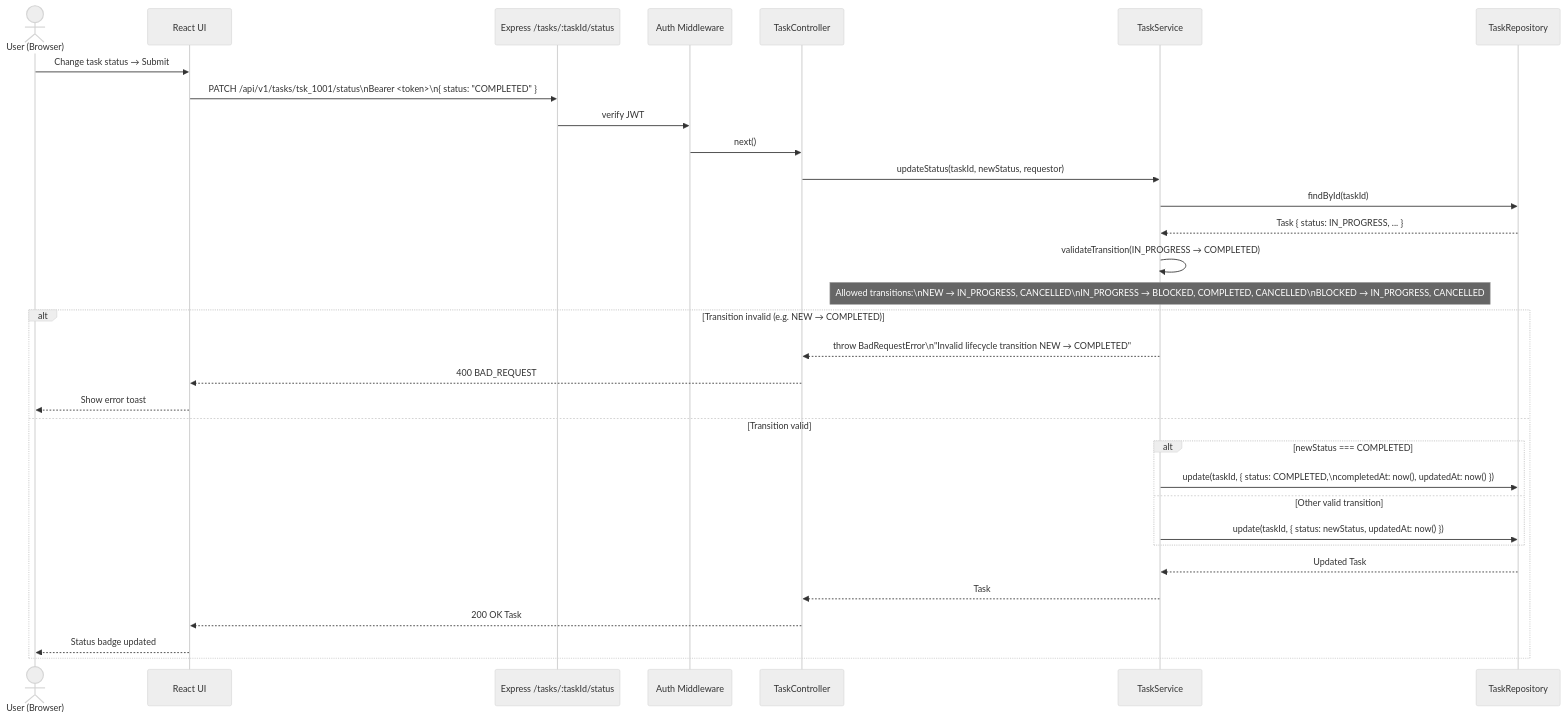
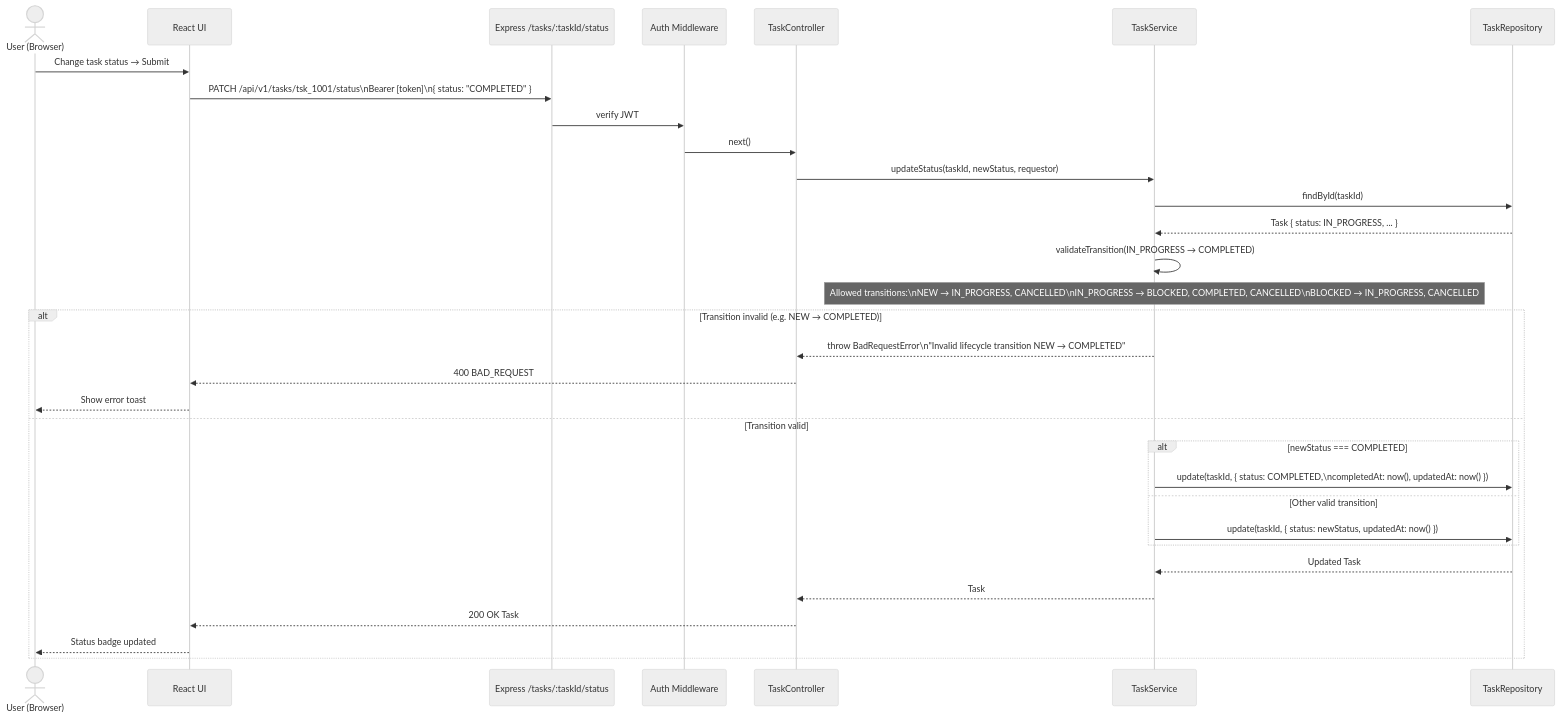
One commit to vijaynvb/ellucian_ghc3 changed diagram 12 of 17 in software-architecture.md. Above: the diagram before and after it, drawn with Mermaid (neutral theme). The commit also changed other lines of this file and 14285 other files, not shown here.

````diff
--- a/software-architecture.md
+++ b/software-architecture.md
@@ -726,37 +734,37 @@
 ```mermaid
 sequenceDiagram
     actor User as User (Browser)
     participant UI as React UI
     participant API as Express /tasks/:taskId/status
     participant AuthMW as Auth Middleware
     participant TC as TaskController
     participant TS as TaskService
     participant TR as TaskRepository
 
     User->>UI: Change task status → Submit
-    UI->>API: PATCH /api/v1/tasks/tsk_1001/status\nBearer <token>\n{ status: "COMPLETED" }
+    UI->>API: PATCH /api/v1/tasks/tsk_1001/status\nBearer [token]\n{ status: "COMPLETED" }
     API->>AuthMW: verify JWT
     AuthMW->>TC: next()
     TC->>TS: updateStatus(taskId, newStatus, requestor)
     TS->>TR: findById(taskId)
     TR-->>TS: Task { status: IN_PROGRESS, ... }
     TS->>TS: validateTransition(IN_PROGRESS → COMPLETED)
 
     Note over TS: Allowed transitions:\nNEW → IN_PROGRESS, CANCELLED\nIN_PROGRESS → BLOCKED, COMPLETED, CANCELLED\nBLOCKED → IN_PROGRESS, CANCELLED
 
     alt Transition invalid (e.g. NEW → COMPLETED)
         TS-->>TC: throw BadRequestError\n"Invalid lifecycle transition NEW → COMPLETED"
         TC-->>UI: 400 BAD_REQUEST
         UI-->>User: Show error toast
     else Transition valid
         alt newStatus === COMPLETED
             TS->>TR: update(taskId, { status: COMPLETED,\ncompletedAt: now(), updatedAt: now() })
         else Other valid transition
             TS->>TR: update(taskId, { status: newStatus, updatedAt: now() })
         end
         TR-->>TS: Updated Task
         TS-->>TC: Task
         TC-->>UI: 200 OK Task
         UI-->>User: Status badge updated
     end
 ```
````
